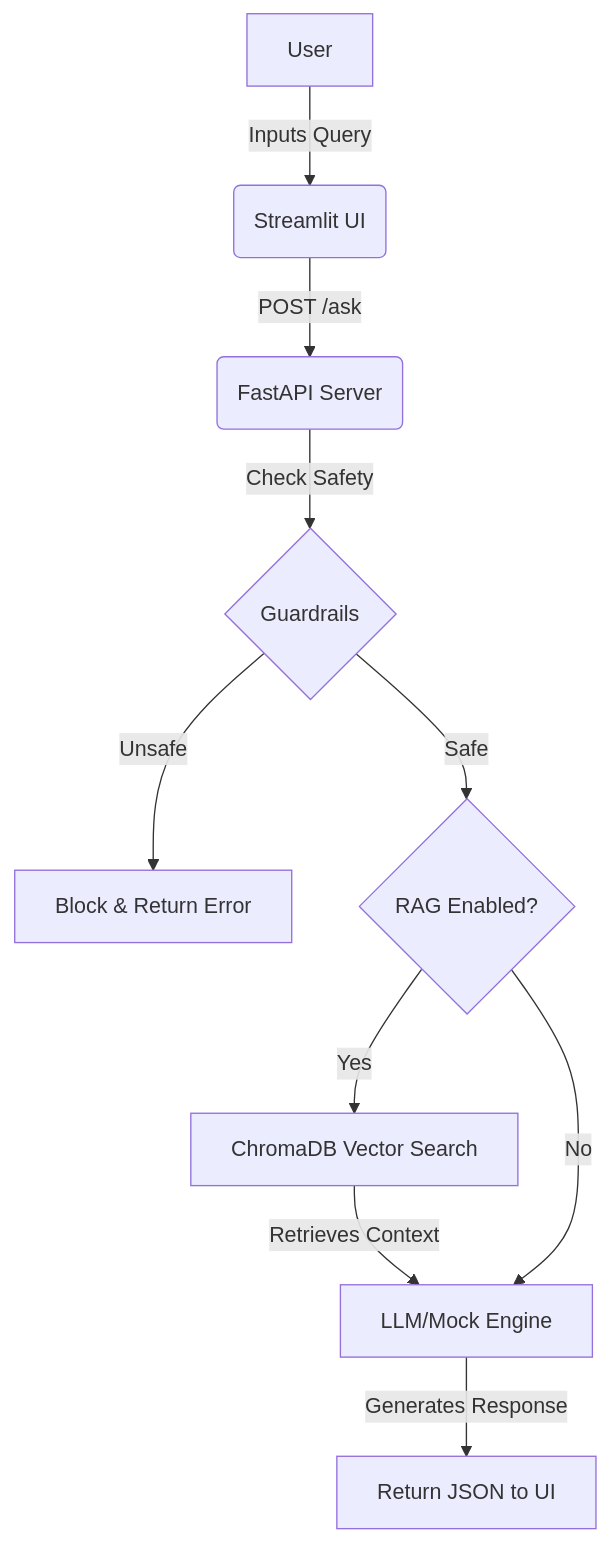
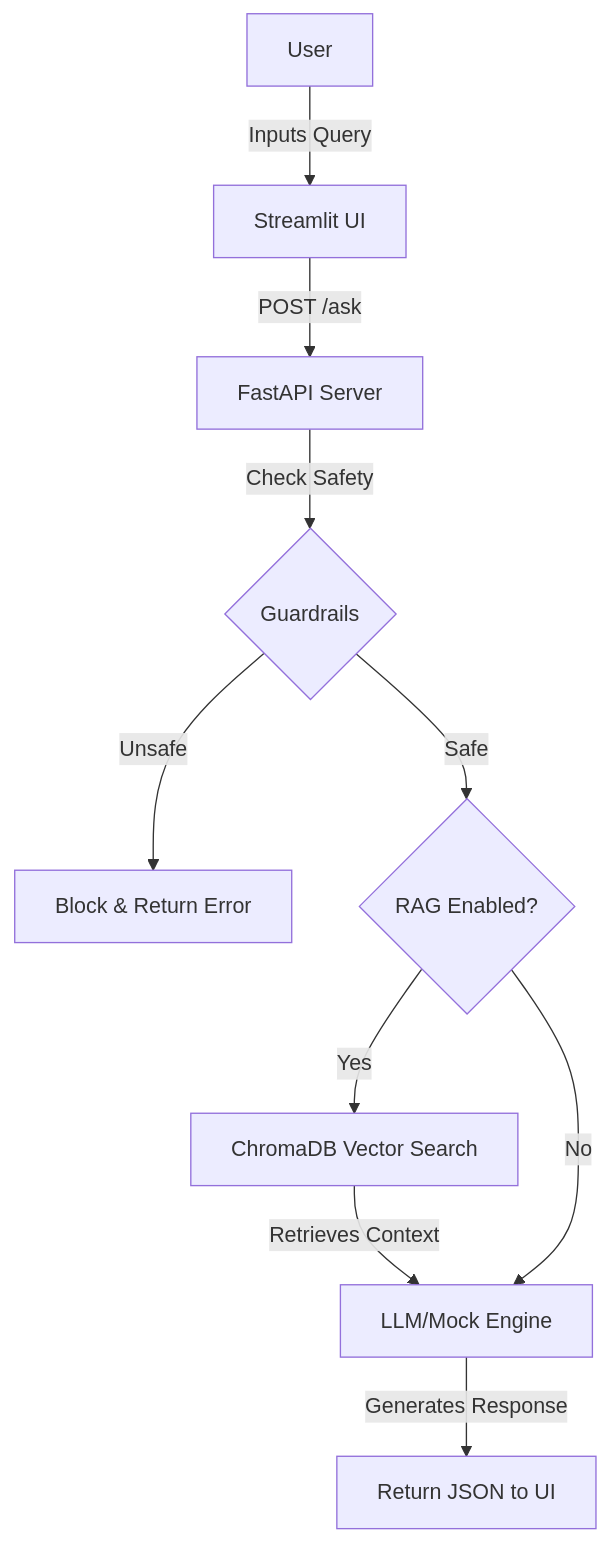
Before and after one commit to vaibhav07772/private-ai-stack: the diagram in readme.md, drawn with Mermaid. The commit also changed other lines of this file, not shown here.

Commit message:
docs: Final README with all fixes - Mermaid, code blocks, image path

````diff
--- a/readme.md
+++ b/readme.md
@@ -64,12 +64,12 @@
 ```mermaid
 graph TD
-    A[User] -->|Inputs Query| B(Streamlit UI)
-    B -->|POST /ask| C(FastAPI Server)
-    C -->|Check Safety| D{Guardrails}
-    D -->|Unsafe| E[Block & Return Error]
-    D -->|Safe| F{RAG Enabled?}
-    F -->|Yes| G[ChromaDB Vector Search]
-    G -->|Retrieves Context| H[LLM/Mock Engine]
-    F -->|No| H
-    H -->|Generates Response| I[Return JSON to UI]
+    A["User"] -->|"Inputs Query"| B["Streamlit UI"]
+    B -->|"POST /ask"| C["FastAPI Server"]
+    C -->|"Check Safety"| D{"Guardrails"}
+    D -->|"Unsafe"| E["Block & Return Error"]
+    D -->|"Safe"| F{"RAG Enabled?"}
+    F -->|"Yes"| G["ChromaDB Vector Search"]
+    G -->|"Retrieves Context"| H["LLM/Mock Engine"]
+    F -->|"No"| H
+    H -->|"Generates Response"| I["Return JSON to UI"]
 ```
````
